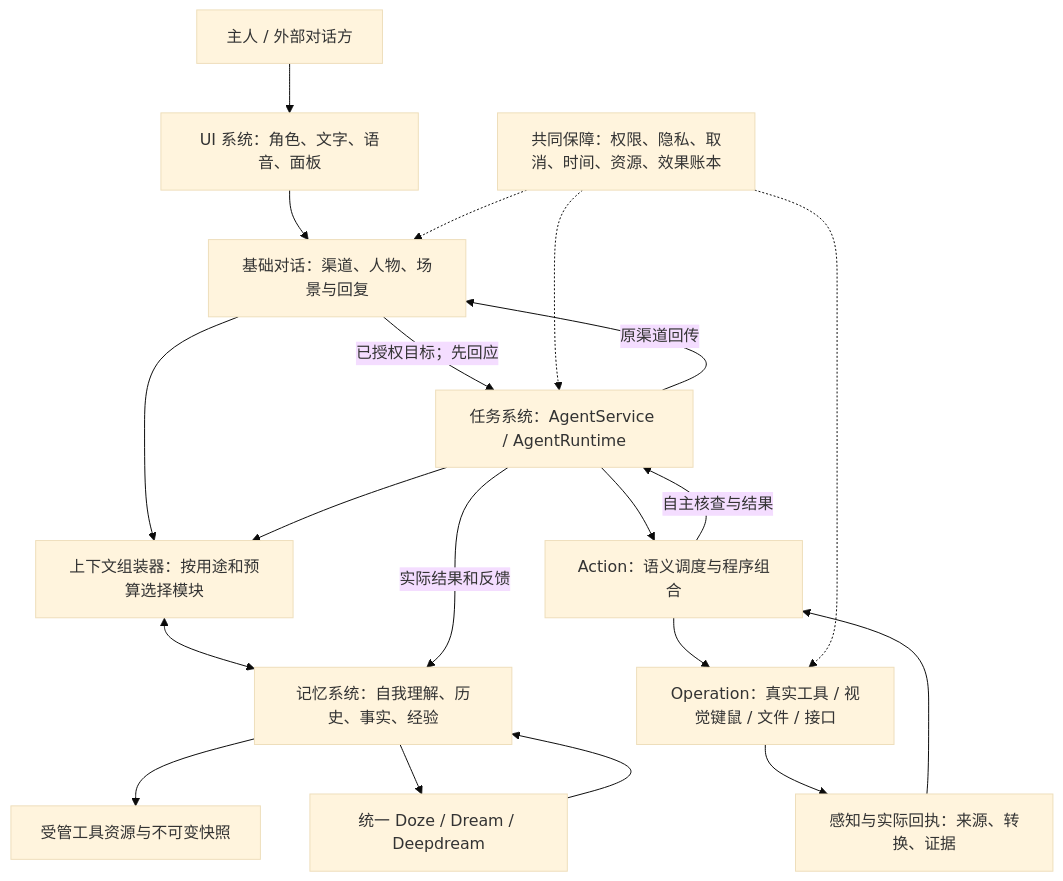
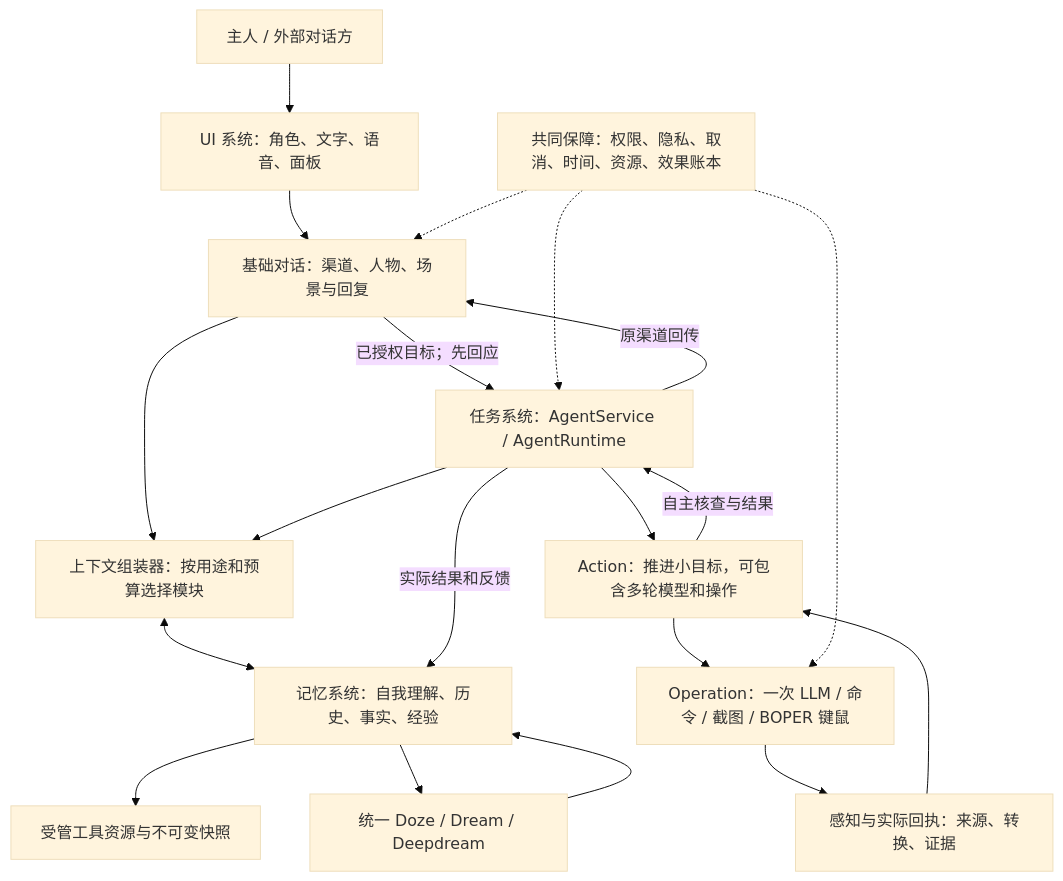
The first of 10 diagrams in docs/flows.md (zhyuzh3d/workbunny), drawn with Mermaid (base theme) before and after one commit. The commit also changed other lines of this file and 224 other files, not shown here.

Commit message:
Update task autonomy, performance and BOPER

````diff
--- a/docs/flows.md
+++ b/docs/flows.md
@@ -7,22 +7,22 @@
 ```mermaid
 flowchart TB
     Owner["主人 / 外部对话方"] --> UI["UI 系统：角色、文字、语音、面板"]
     UI --> Chat["基础对话：渠道、人物、场景与回复"]
     Chat --> Context["上下文组装器：按用途和预算选择模块"]
     Context <--> Memory["记忆系统：自我理解、历史、事实、经验"]
     Memory --> Tools["受管工具资源与不可变快照"]
     Chat -->|"已授权目标；先回应"| Task["任务系统：AgentService / AgentRuntime"]
     Task --> Context
-    Task --> Action["Action：语义调度与程序组合"]
-    Action --> Operation["Operation：真实工具 / 视觉键鼠 / 文件 / 接口"]
+    Task --> Action["Action：推进小目标，可包含多轮模型和操作"]
+    Action --> Operation["Operation：一次 LLM / 命令 / 截图 / BOPER 键鼠"]
     Operation --> Perception["感知与实际回执：来源、转换、证据"]
     Perception --> Action
     Action -->|"自主核查与结果"| Task
     Task -->|"原渠道回传"| Chat
     Task -->|"实际结果和反馈"| Memory
     Memory --> Maintenance["统一 Doze / Dream / Deepdream"]
     Maintenance --> Memory
     Security["共同保障：权限、隐私、取消、时间、资源、效果账本"] -.-> Chat
     Security -.-> Task
     Security -.-> Operation
 ```
````
